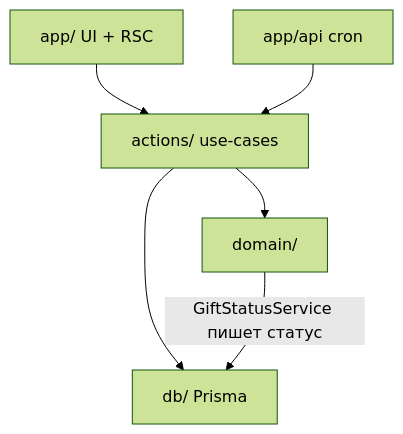
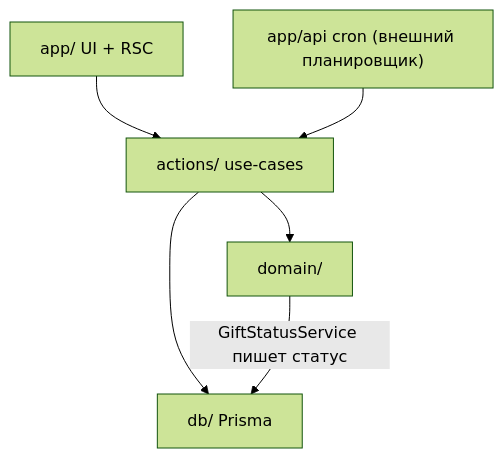
One commit to Clever-Agency/Gift-list changed the first of 3 diagrams in _bmad-output/planning-artifacts/architecture/architecture-gift-list-2026-09-30/ARCHITECTURE-SPINE.md. Above: the diagram before and after it, drawn with Mermaid (forest theme). The commit also changed other lines of this file and 7 other files, not shown here.

````diff
--- a/_bmad-output/planning-artifacts/architecture/architecture-gift-list-2026-09-30/ARCHITECTURE-SPINE.md
+++ b/_bmad-output/planning-artifacts/architecture/architecture-gift-list-2026-09-30/ARCHITECTURE-SPINE.md
@@ -49,8 +52,8 @@
 ```mermaid
 flowchart TB
   UI["app/ UI + RSC"] --> ACT["actions/ use-cases"]
-  RH["app/api cron"] --> ACT
+  RH["app/api cron (внешний планировщик)"] --> ACT
   ACT --> DOM["domain/"]
   ACT --> DB["db/ Prisma"]
   DOM -->|"GiftStatusService пишет статус"| DB
 ```
````
